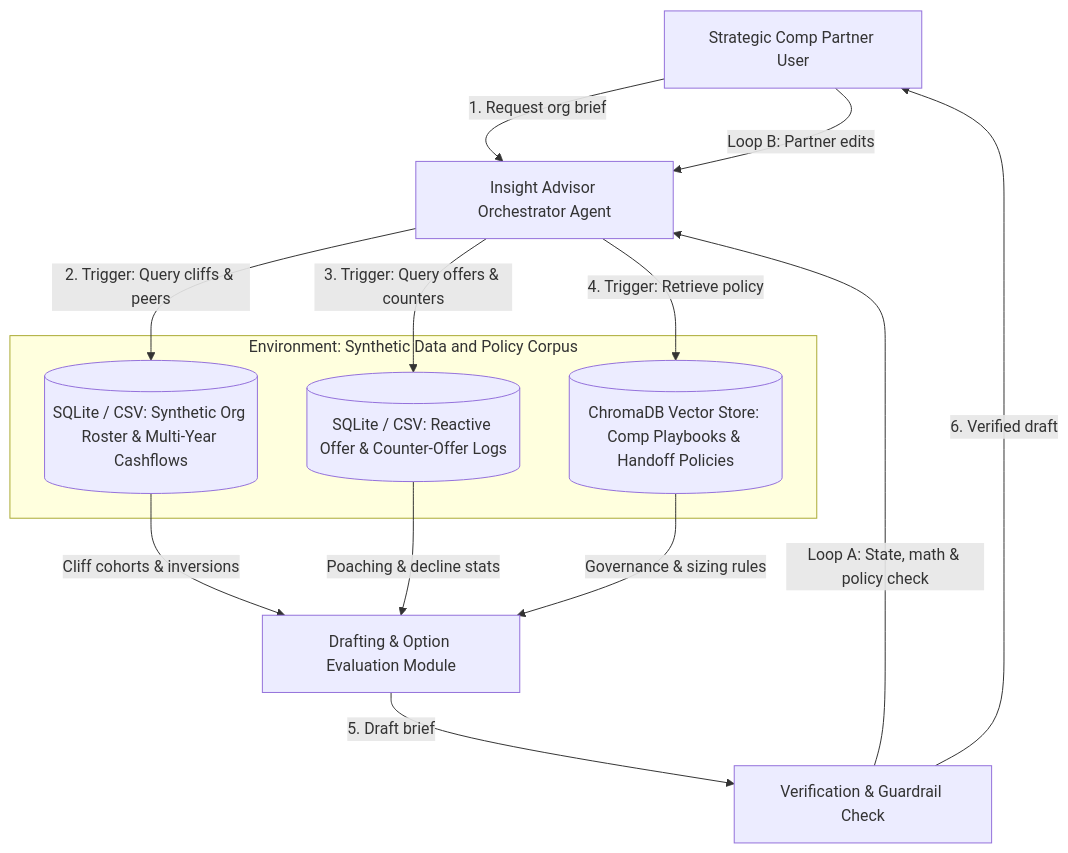
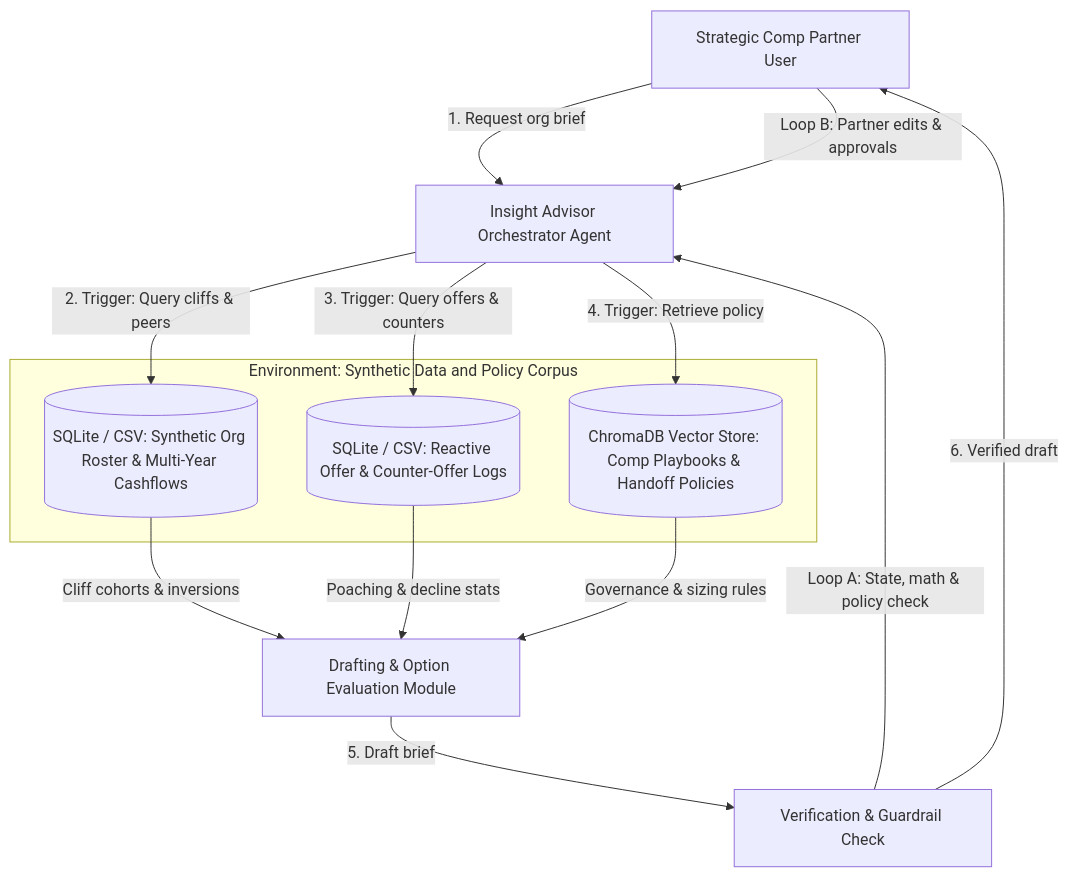
One commit to pedrogriff/comp-insight-advisor changed the diagram in checkpoints/checkpoint_1_1.md. Above: the diagram before and after it, drawn with Mermaid. The commit also changed other lines of this file and 2 other files, not shown here.

Commit message:
docs(checkpoint-1.1): trim to 688 words and add partner approval step from Lab 1.2

````diff
--- a/checkpoints/checkpoint_1_1.md
+++ b/checkpoints/checkpoint_1_1.md
@@ -5,24 +5,24 @@
 ```mermaid
 flowchart TD
     User["Strategic Comp Partner User"] -->|"1. Request org brief"| Orch["Insight Advisor Orchestrator Agent"]
     
     subgraph Env["Environment: Synthetic Data and Policy Corpus"]
         DB1[("SQLite / CSV: Synthetic Org Roster & Multi-Year Cashflows")]
         DB2[("SQLite / CSV: Reactive Offer & Counter-Offer Logs")]
         RAG[("ChromaDB Vector Store: Comp Playbooks & Handoff Policies")]
     end
 
     Orch -->|"2. Trigger: Query cliffs & peers"| DB1
     Orch -->|"3. Trigger: Query offers & counters"| DB2
     Orch -->|"4. Trigger: Retrieve policy"| RAG
 
     DB1 -->|"Cliff cohorts & inversions"| Synth["Drafting & Option Evaluation Module"]
     DB2 -->|"Poaching & decline stats"| Synth
     RAG -->|"Governance & sizing rules"| Synth
 
     Synth -->|"5. Draft brief"| Verifier["Verification & Guardrail Check"]
     
     Verifier -->|"Loop A: State, math & policy check"| Orch
     Verifier -->|"6. Verified draft"| User
-    User -->|"Loop B: Partner edits"| Orch
+    User -->|"Loop B: Partner edits & approvals"| Orch
 ```
````
